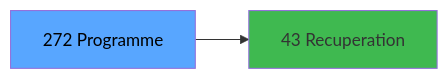
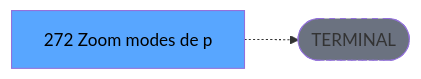
One commit to thonyAGP/lecteur-magic changed the third of 3 diagrams in .openspec/specs/ADH-IDE-272.md. Above: the diagram before and after it, drawn with Mermaid. The commit also changed other lines of this file and 701 other files, not shown here.

````diff
--- a/.openspec/specs/ADH-IDE-272.md
+++ b/.openspec/specs/ADH-IDE-272.md
@@ -146,8 +137,8 @@
 ```mermaid
 graph LR
-    T[272 Programme]
-    C43[43 Recuperation]
-    T --> C43
+    T[272 Zoom modes de p]
+    TERM([TERMINAL])
+    T -.-> TERM
+    style TERM fill:#6b7280,stroke-dasharray: 5 5
     style T fill:#58a6ff,color:#000
-    style C43 fill:#3fb950
 ```
````
